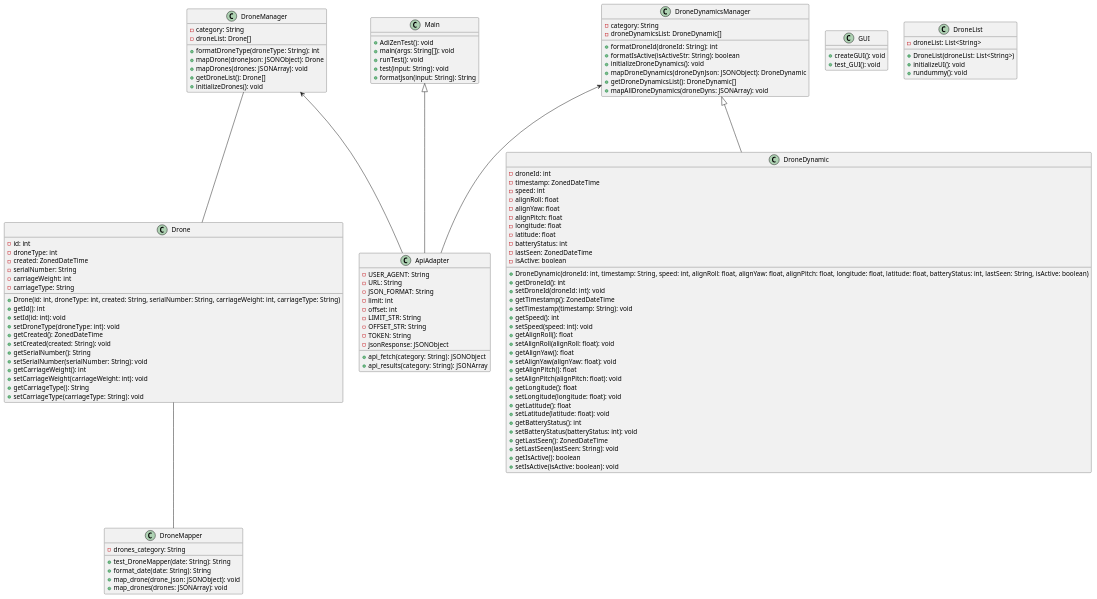
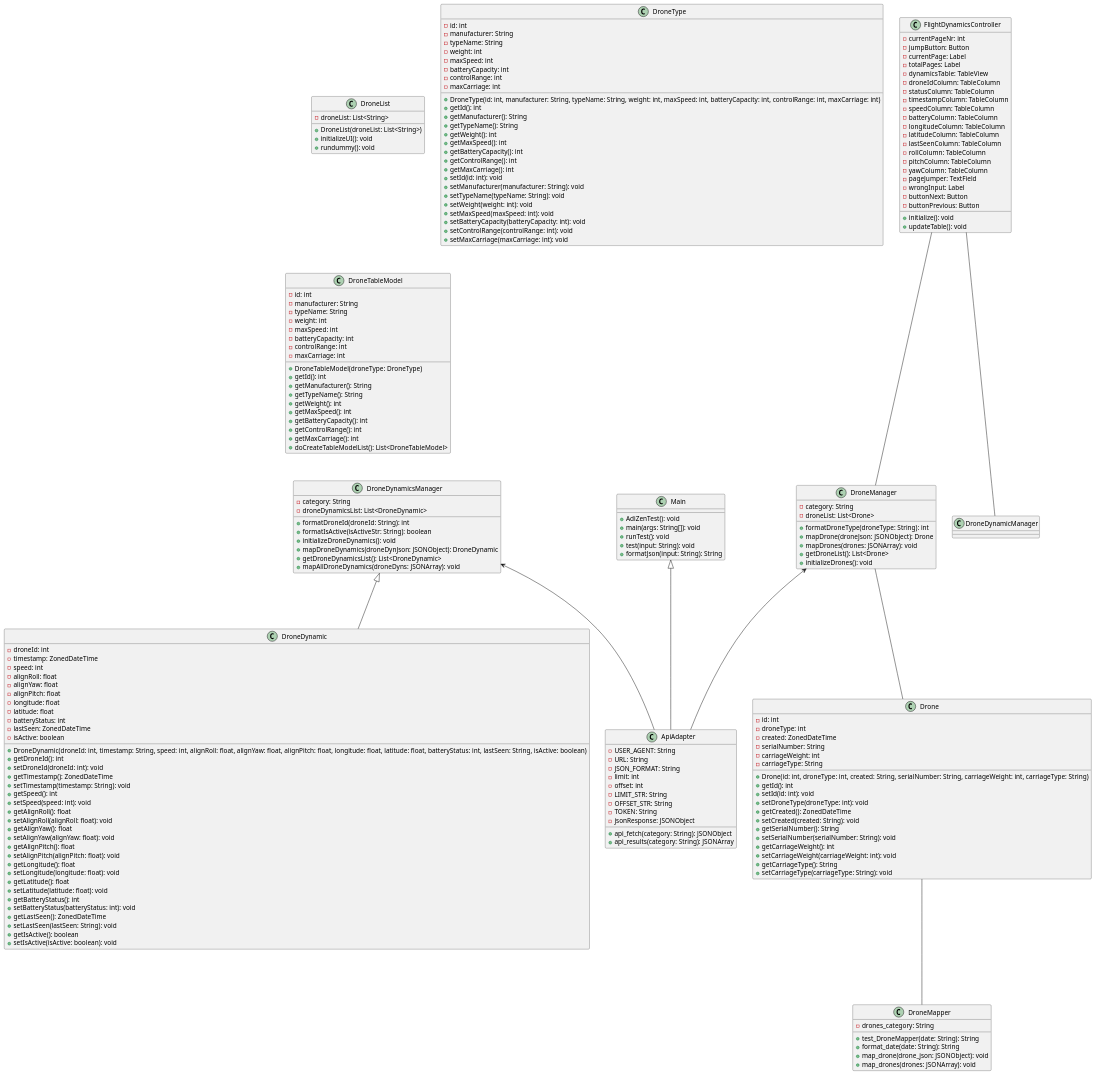
One commit to VicCislari/DroneGUI changed the diagram in Documentation/classdiagramm.puml. Above: the diagram before and after it, drawn with PlantUML.

Commit message:
etwas classdiagramm

```diff
--- a/Documentation/classdiagramm.puml
+++ b/Documentation/classdiagramm.puml
@@ -62,30 +62,25 @@
 
 class DroneManager {
     -category: String
-    -droneList: Drone[]
+    -droneList: List<Drone>
 
     +formatDroneType(droneType: String): int
     +mapDrone(droneJson: JSONObject): Drone
     +mapDrones(drones: JSONArray): void
-    +getDroneList(): Drone[]
+    +getDroneList(): List<Drone>
     +initializeDrones(): void
 }
 
 class DroneDynamicsManager {
     -category: String
-    -droneDynamicsList: DroneDynamic[]
+    -droneDynamicsList: List<DroneDynamic>
 
     +formatDroneId(droneId: String): int
     +formatIsActive(isActiveStr: String): boolean
     +initializeDroneDynamics(): void
     +mapDroneDynamics(droneDynJson: JSONObject): DroneDynamic
-    +getDroneDynamicsList(): DroneDynamic[]
+    +getDroneDynamicsList(): List<DroneDynamic>
     +mapAllDroneDynamics(droneDyns: JSONArray): void
-}
-
-class GUI {
-    +createGUI(): void
-    +test_GUI(): void
 }
 
 class DroneList {
@@ -94,6 +89,35 @@
     +DroneList(droneList: List<String>)
     +initializeUI(): void
     +rundummy(): void
+}
+
+class DroneType {
+    -id: int
+    -manufacturer: String
+    -typeName: String
+    -weight: int
+    -maxSpeed: int
+    -batteryCapacity: int
+    -controlRange: int
+    -maxCarriage: int
+
+    +DroneType(id: int, manufacturer: String, typeName: String, weight: int, maxSpeed: int, batteryCapacity: int, controlRange: int, maxCarriage: int)
+    +getId(): int
+    +getManufacturer(): String
+    +getTypeName(): String
+    +getWeight(): int
+    +getMaxSpeed(): int
+    +getBatteryCapacity(): int
+    +getControlRange(): int
+    +getMaxCarriage(): int
+    +setId(id: int): void
+    +setManufacturer(manufacturer: String): void
+    +setTypeName(typeName: String): void
+    +setWeight(weight: int): void
+    +setMaxSpeed(maxSpeed: int): void
+    +setBatteryCapacity(batteryCapacity: int): void
+    +setControlRange(controlRange: int): void
+    +setMaxCarriage(maxCarriage: int): void
 }
 
 class ApiAdapter {
@@ -120,6 +144,54 @@
     +map_drones(drones: JSONArray): void
 }
 
+class DroneTableModel {
+    -id: int
+    -manufacturer: String
+    -typeName: String
+    -weight: int
+    -maxSpeed: int
+    -batteryCapacity: int
+    -controlRange: int
+    -maxCarriage: int
+
+    +DroneTableModel(droneType: DroneType)
+    +getId(): int
+    +getManufacturer(): String
+    +getTypeName(): String
+    +getWeight(): int
+    +getMaxSpeed(): int
+    +getBatteryCapacity(): int
+    +getControlRange(): int
+    +getMaxCarriage(): int
+    +doCreateTableModelList(): List<DroneTableModel>
+}
+
+class FlightDynamicsController {
+    -currentPageNr: int
+    -jumpButton: Button
+    -currentPage: Label
+    -totalPages: Label
+    -dynamicsTable: TableView
+    -droneIdColumn: TableColumn
+    -statusColumn: TableColumn
+    -timestampColumn: TableColumn
+    -speedColumn: TableColumn
+    -batteryColumn: TableColumn
+    -longitudeColumn: TableColumn
+    -latitudeColumn: TableColumn
+    -lastSeenColumn: TableColumn
+    -rollColumn: TableColumn
+    -pitchColumn: TableColumn
+    -yawColumn: TableColumn
+    -pageJumper: TextField
+    -wrongInput: Label
+    -buttonNext: Button
+    -buttonPrevious: Button
+
+    +initialize(): void
+    +updateTable(): void
+}
+
 class Main {
     +AdiZenTest(): void
     +main(args: String[]): void
@@ -132,7 +204,9 @@
 DroneManager --- Drone
 DroneDynamicsManager <--- ApiAdapter
 DroneDynamicsManager <|--- DroneDynamic
-
 Main <|--- ApiAdapter
 Drone --- DroneMapper
+FlightDynamicsController --- DroneManager
+FlightDynamicsController --- DroneDynamicManager
+
 @enduml
```
